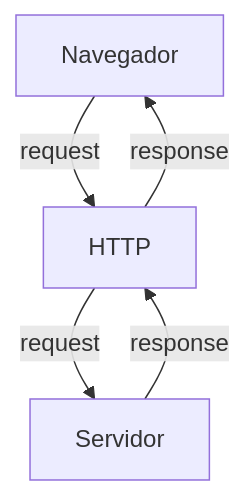
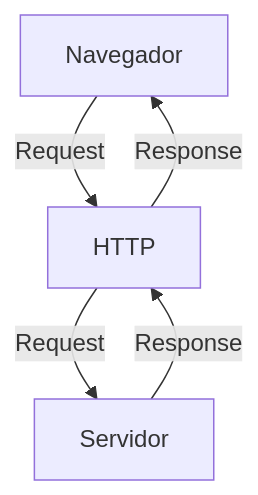
The first of 14 diagrams in README.md (FelipeScalfi/BackEnd), drawn with Mermaid before and after one commit. The commit also changed other lines of this file and 29 other files, not shown here.

````diff
--- a/README.md
+++ b/README.md
@@ -81,14 +74,14 @@
 ```mermaid
 
 graph TD
-    
+
     A[Navegador]
     B[HTTP]
     C[Servidor]
 
-    A --> |request| B
-    B --> |request| C
-    C --> |response| B
-    B --> |response| A
+    A --> |Request| B
+    B --> |Request| C
+    C --> |Response| B
+    B --> |Response| A
 
 ```
````
